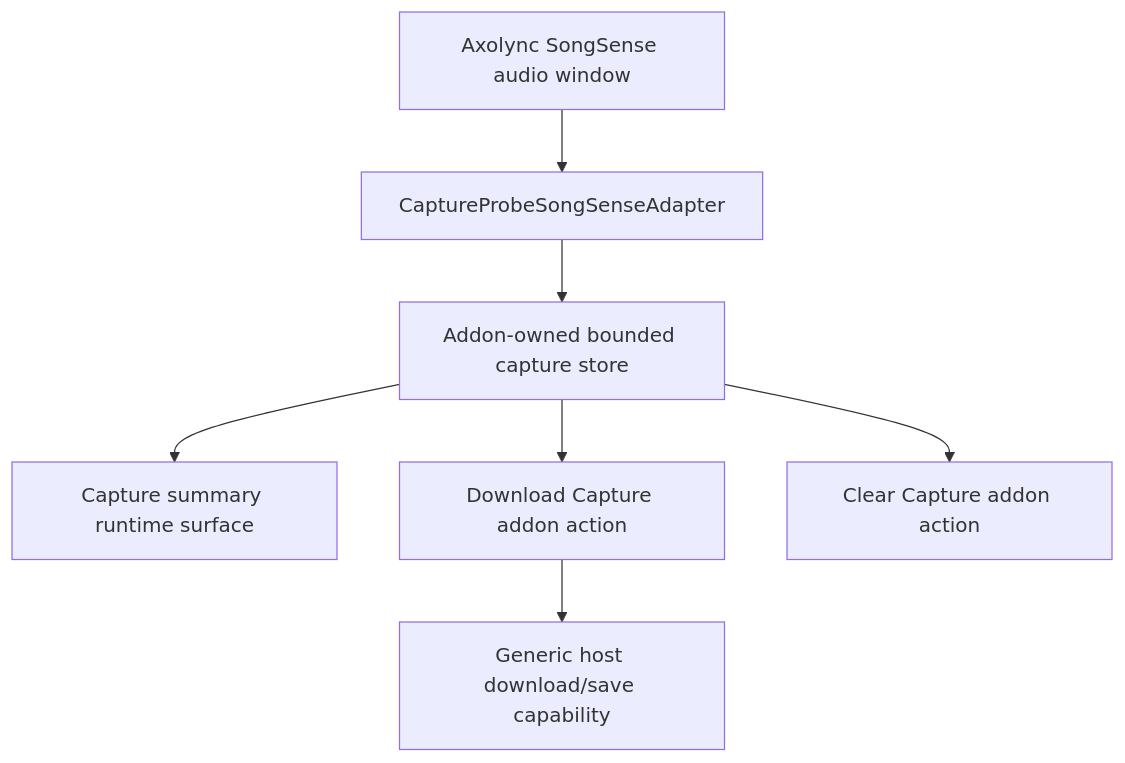
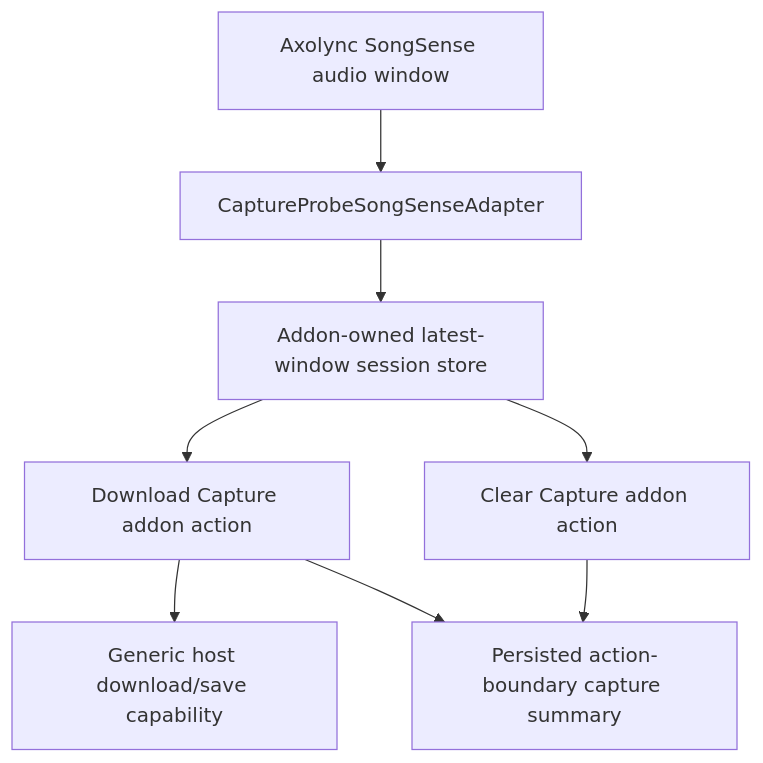
One commit to korenmic/axolync-addon-songsense-capture-probe changed the diagram in .codex/specs/songsense-capture-probe-addon/design.md. Above: the diagram before and after it, drawn with Mermaid. The commit also changed other lines of this file and 3 other files, not shown here.

````diff
--- a/.codex/specs/songsense-capture-probe-addon/design.md
+++ b/.codex/specs/songsense-capture-probe-addon/design.md
@@ -28,9 +29,10 @@
 ```mermaid
 flowchart TD
   A[Axolync SongSense audio window] --> B[CaptureProbeSongSenseAdapter]
-  B --> C[Addon-owned bounded capture store]
-  C --> D[Capture summary runtime surface]
+  B --> C[Addon-owned latest-window session store]
   C --> E[Download Capture addon action]
   C --> F[Clear Capture addon action]
   E --> G[Generic host download/save capability]
+  E --> D[Persisted action-boundary capture summary]
+  F --> D[Persisted action-boundary capture summary]
 ```
````
